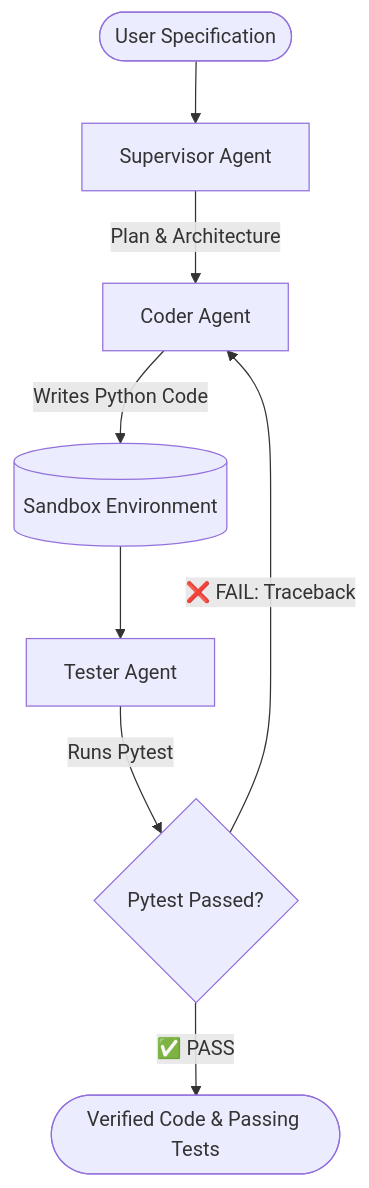
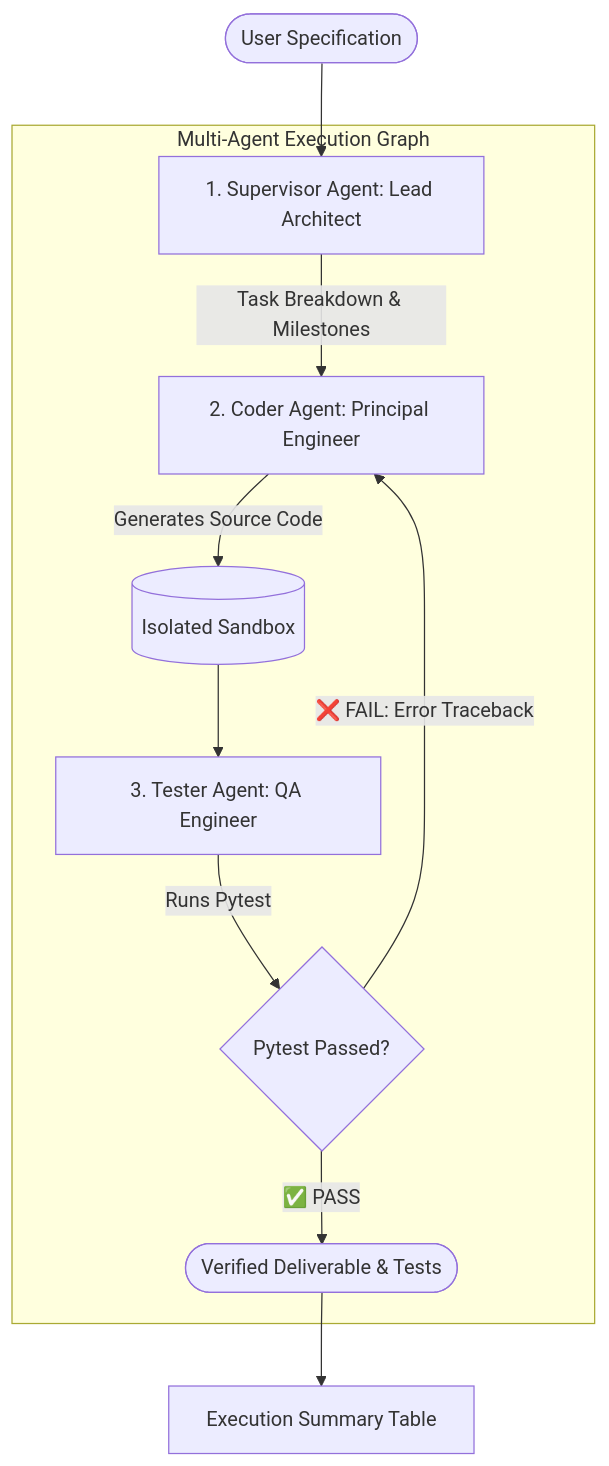
Before and after one commit to tahadeab-ai/Multi-Agent-Researcher-and-Coder: the diagram in README.md, drawn with Mermaid. The commit also changed other lines of this file and 2 other files, not shown here.

````diff
--- a/README.md
+++ b/README.md
@@ -9,10 +27,15 @@
 ```mermaid
 flowchart TD
-    User([User Specification]) --> Supervisor[Supervisor Agent]
-    Supervisor -->|Plan & Architecture| Coder[Coder Agent]
-    Coder -->|Writes Python Code| Sandbox[(Sandbox Environment)]
-    Sandbox --> Tester[Tester Agent]
-    Tester -->|Runs Pytest| Eval{Pytest Passed?}
-    Eval -->|❌ FAIL: Traceback| Coder
-    Eval -->|✅ PASS| Done([Verified Code & Passing Tests])
+    User([User Specification]) --> Supervisor[1. Supervisor Agent: Lead Architect]
+    
+    subgraph Multi-Agent Execution Graph
+        Supervisor -->|Task Breakdown & Milestones| Coder[2. Coder Agent: Principal Engineer]
+        Coder -->|Generates Source Code| Sandbox[(Isolated Sandbox)]
+        Sandbox --> Tester[3. Tester Agent: QA Engineer]
+        Tester -->|Runs Pytest| Eval{Pytest Passed?}
+        Eval -->|❌ FAIL: Error Traceback| Coder
+        Eval -->|✅ PASS| Done([Verified Deliverable & Tests])
+    end
+
+    Done --> Summary[Execution Summary Table]
 ```
````
